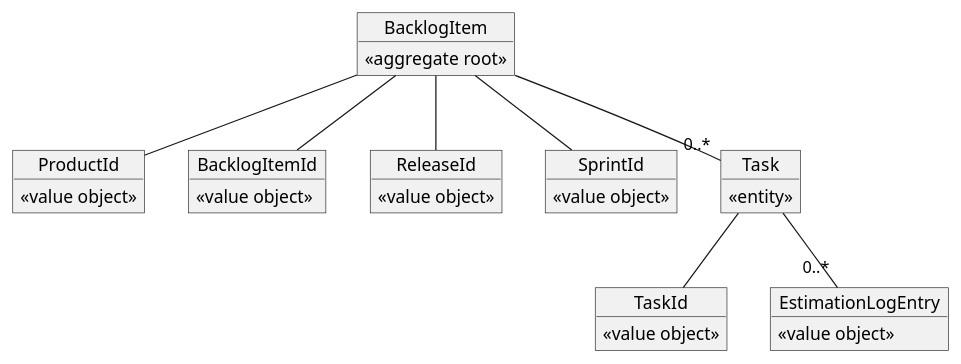
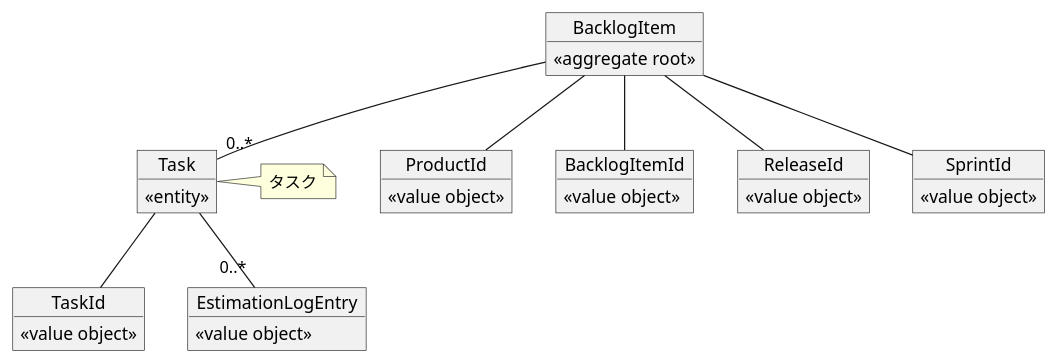
One commit to abekoh/commit-plantuml-action changed the diagram in sample/backlog-item.puml. Above: the diagram before and after it, drawn with PlantUML.

```diff
--- a/sample/backlog-item.puml
+++ b/sample/backlog-item.puml
@@ -1,37 +1,41 @@
 @startuml
 object BacklogItem {
   <<aggregate root>>
 }
 object ProductId {
   <<value object>>
 }
 object BacklogItemId {
   <<value object>>
 }
 object ReleaseId {
   <<value object>>
 }
 object SprintId {
   <<value object>>
 }
 
 object Task {
   <<entity>>
 }
 object TaskId {
   <<value object>>
 }
 object EstimationLogEntry {
   <<value object>>
 }
 
 BacklogItem -- BacklogItemId
 BacklogItem -- ProductId
 BacklogItem -- ReleaseId
 BacklogItem -- SprintId
 BacklogItem -- "0..*" Task
 
 Task -- TaskId
 Task -- "0..*" EstimationLogEntry
 
+note right of Task {
+  タスク
+}
+
 @enduml
```
